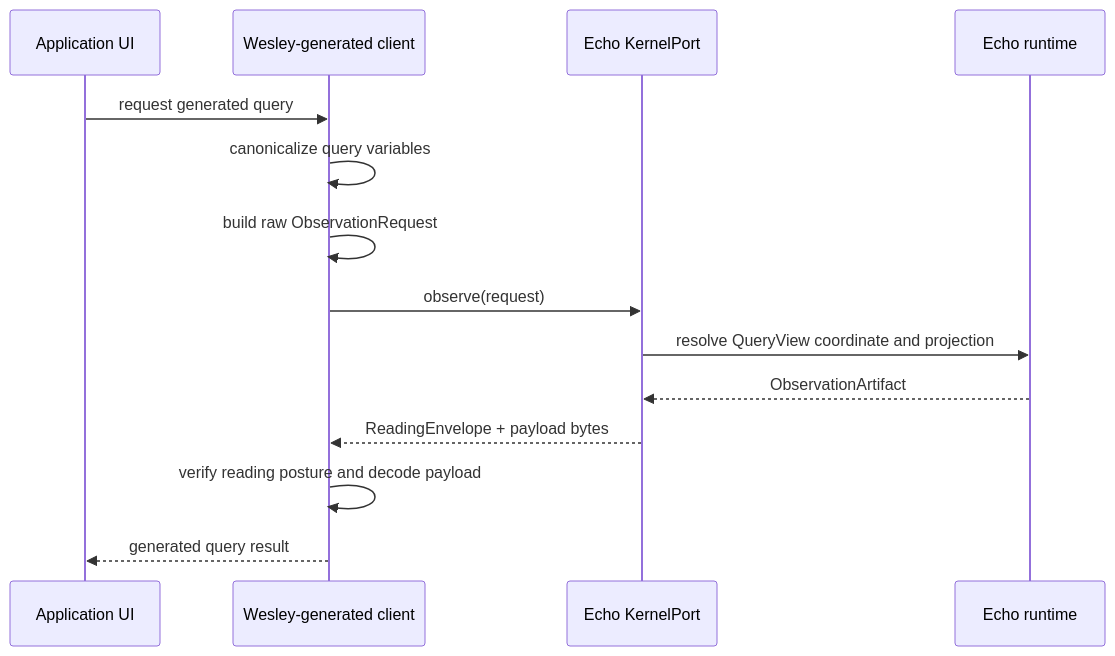
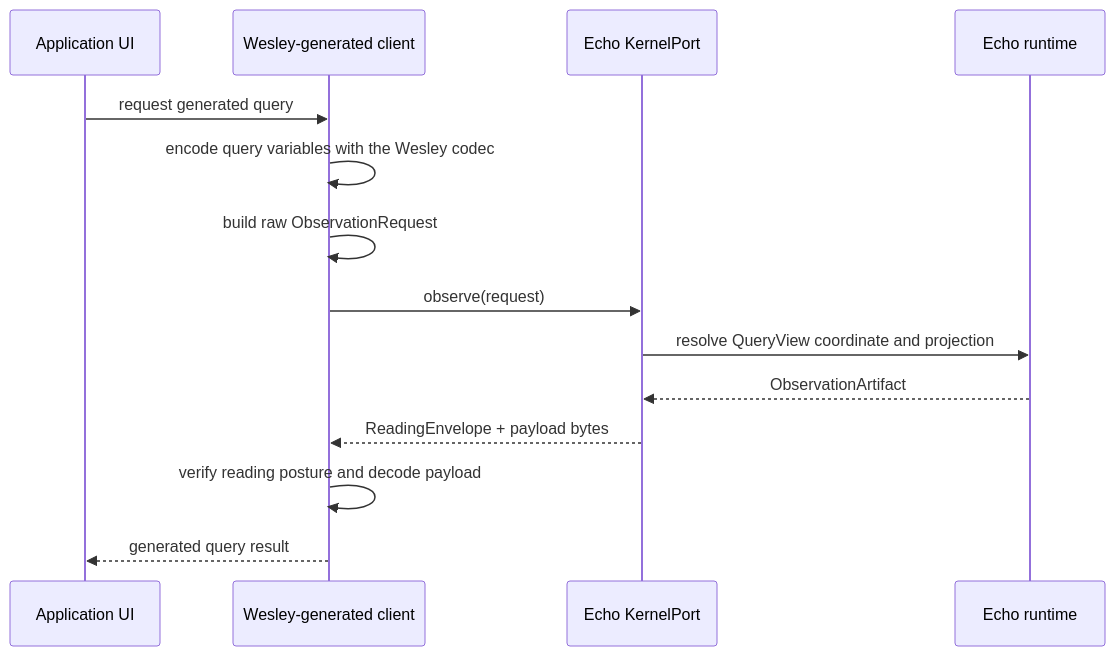
Before and after one commit to flyingrobots/echo: the third of 8 diagrams in docs/architecture/application-contract-hosting.md, drawn with Mermaid. The commit also changed other lines of this file and 83 other files, not shown here.

````diff
--- a/docs/architecture/application-contract-hosting.md
+++ b/docs/architecture/application-contract-hosting.md
@@ -612,17 +665,17 @@
 ```mermaid
 sequenceDiagram
     participant UI as Application UI
     participant Gen as Wesley-generated client
     participant Echo as Echo KernelPort
     participant Runtime as Echo runtime
 
     UI->>Gen: request generated query
-    Gen->>Gen: canonicalize query variables
+    Gen->>Gen: encode query variables with the Wesley codec
     Gen->>Gen: build raw ObservationRequest
     Gen->>Echo: observe(request)
     Echo->>Runtime: resolve QueryView coordinate and projection
     Runtime-->>Echo: ObservationArtifact
     Echo-->>Gen: ReadingEnvelope + payload bytes
     Gen->>Gen: verify reading posture and decode payload
     Gen-->>UI: generated query result
 ```
````
